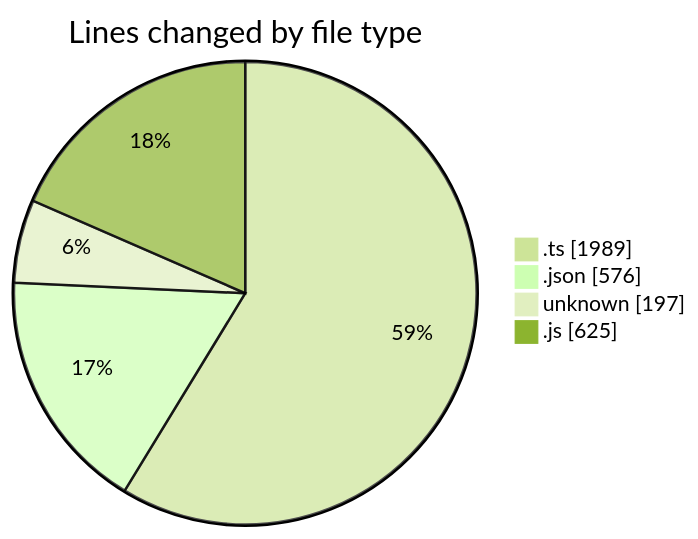
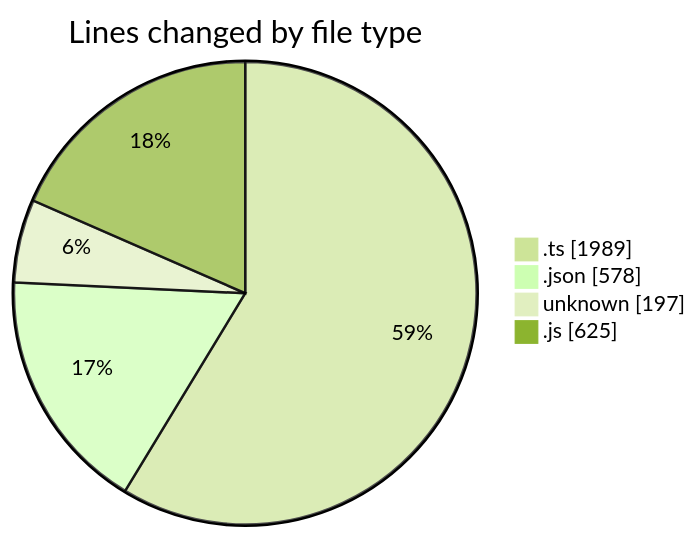
The first of 2 diagrams in 2025-08-24/chatgpt-extension/README.md (EIIisD/code-tracking), drawn with Mermaid (forest theme) before and after one commit. The commit also changed other lines of this file and 1 other file, not shown here.

````diff
--- a/2025-08-24/chatgpt-extension/README.md
+++ b/2025-08-24/chatgpt-extension/README.md
@@ -30,8 +30,8 @@
 ```mermaid
 pie showData
 title Lines changed by file type
 ".ts" : 1989
-".json" : 576
+".json" : 578
 "unknown" : 197
 ".js" : 625
 ```
````
